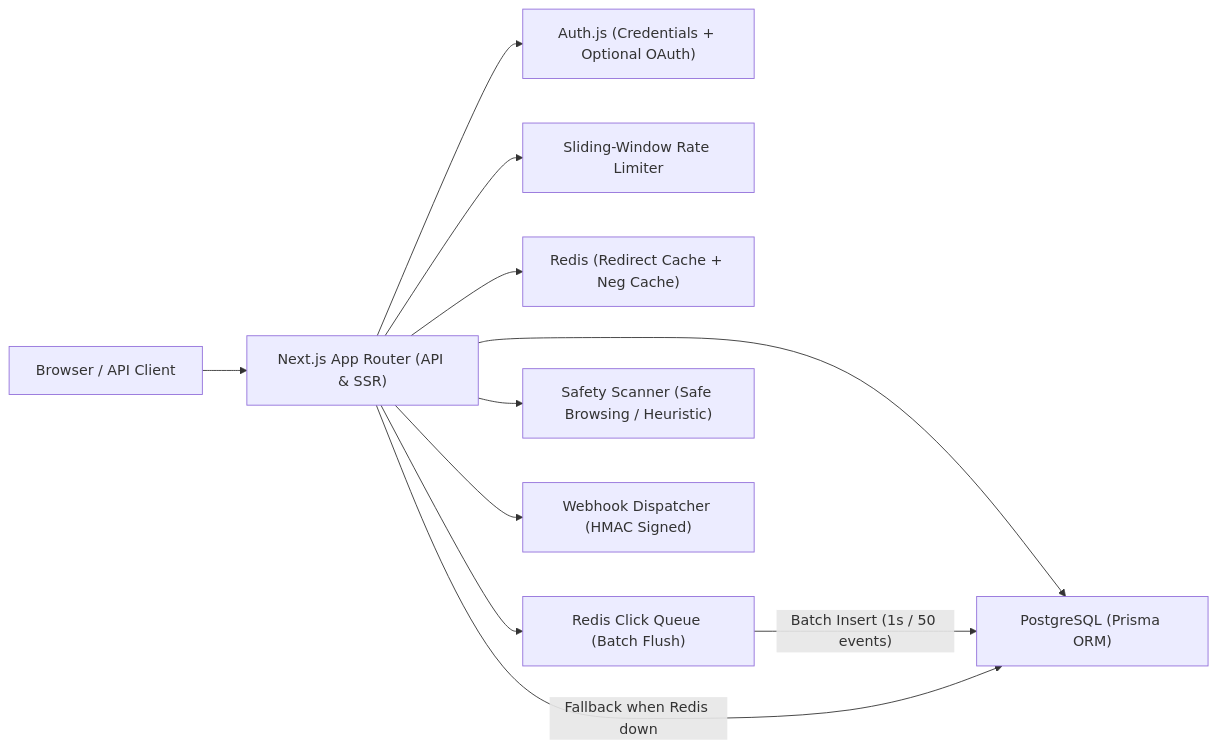
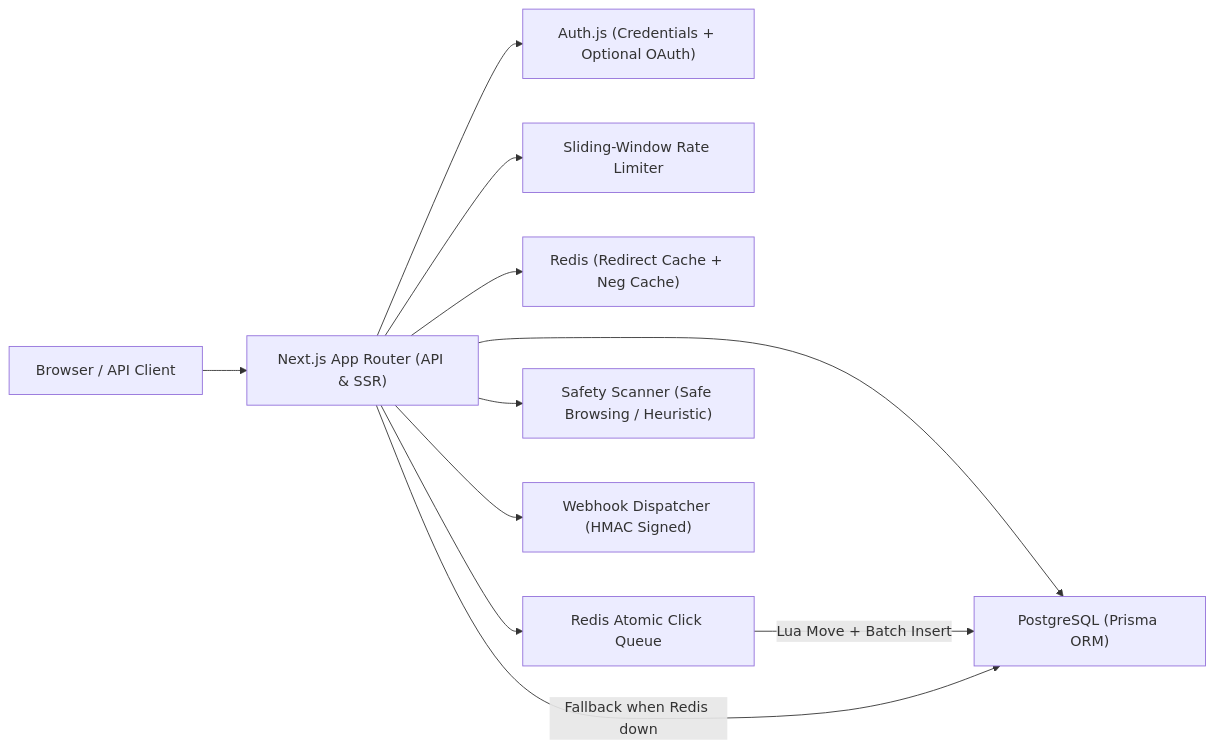
Before and after one commit to lokeshreddygoli/Url-Shortener: the diagram in README.md, drawn with Mermaid. The commit also changed other lines of this file and 8 other files, not shown here.

````diff
--- a/README.md
+++ b/README.md
@@ -31,13 +74,13 @@
 ```mermaid
 flowchart LR
     Client["Browser / API Client"] --> Next["Next.js App Router (API & SSR)"]
     Next --> Auth["Auth.js (Credentials + Optional OAuth)"]
     Next --> RL["Sliding-Window Rate Limiter"]
     Next --> Cache["Redis (Redirect Cache + Neg Cache)"]
-    Next --> Queue["Redis Click Queue (Batch Flush)"]
+    Next --> Queue["Redis Atomic Click Queue"]
     Next --> PG["PostgreSQL (Prisma ORM)"]
-    Queue -->|"Batch Insert (1s / 50 events)"| PG
+    Queue -->|"Lua Move + Batch Insert"| PG
     Next -->|"Fallback when Redis down"| PG
     Next --> Safe["Safety Scanner (Safe Browsing / Heuristic)"]
     Next --> WH["Webhook Dispatcher (HMAC Signed)"]
 ```
````
